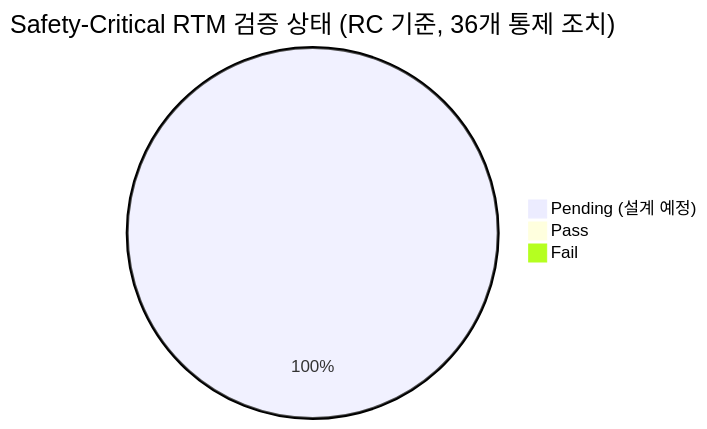
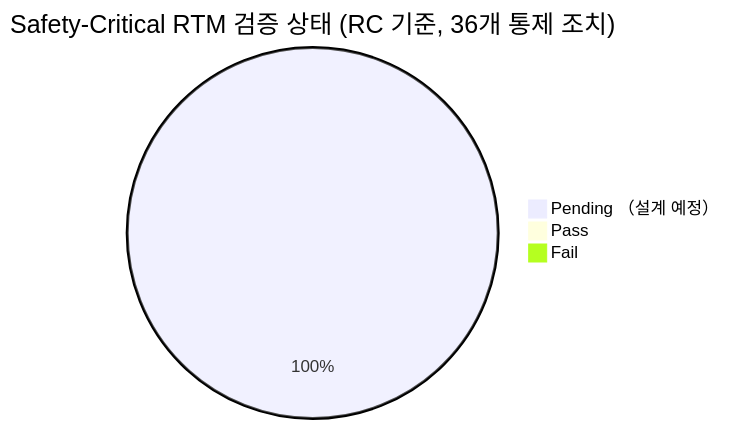
The fifth of 6 diagrams in docs/verification/DOC-032_RTM_v2.0.md (holee9/console-gui), drawn with Mermaid before and after one commit. The commit also changed other lines of this file and 19 other files, not shown here.

First line of the commit message:
fix: quadrantChart/pie/timeline 등 비flowchart 차트 파싱 오류 전면 수정

````diff
--- a/docs/verification/DOC-032_RTM_v2.0.md
+++ b/docs/verification/DOC-032_RTM_v2.0.md
@@ -521,6 +521,6 @@
 ```mermaid
 pie title Safety-Critical RTM 검증 상태 (RC 기준, 36개 통제 조치)
-    "Pending (설계 예정)" : 36
+    "Pending （설계 예정）" : 36
     "Pass" : 0
     "Fail" : 0
 ```
````
